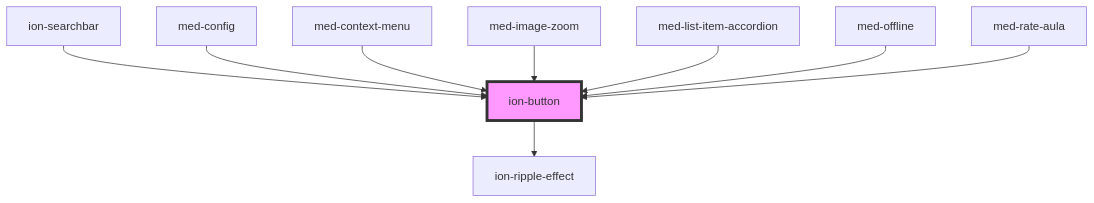
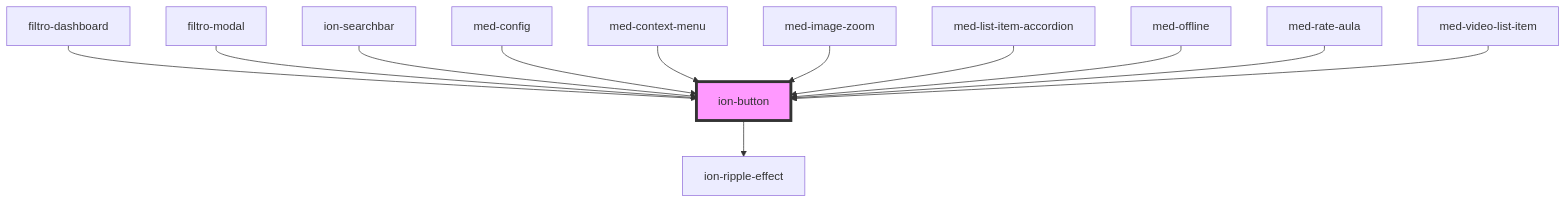
One commit to MEDGRUPOGIT/ionic-framework-1 changed the diagram in core/src/components/button/readme.md. Above: the diagram before and after it, drawn with Mermaid. The commit also changed other lines of this file and 342 other files, not shown here.

````diff
--- a/core/src/components/button/readme.md
+++ b/core/src/components/button/readme.md
@@ -386,12 +389,15 @@
 ```mermaid
 graph TD;
   ion-button --> ion-ripple-effect
+  filtro-dashboard --> ion-button
+  filtro-modal --> ion-button
   ion-searchbar --> ion-button
   med-config --> ion-button
   med-context-menu --> ion-button
   med-image-zoom --> ion-button
   med-list-item-accordion --> ion-button
   med-offline --> ion-button
   med-rate-aula --> ion-button
+  med-video-list-item --> ion-button
   style ion-button fill:#f9f,stroke:#333,stroke-width:4px
 ```
````
